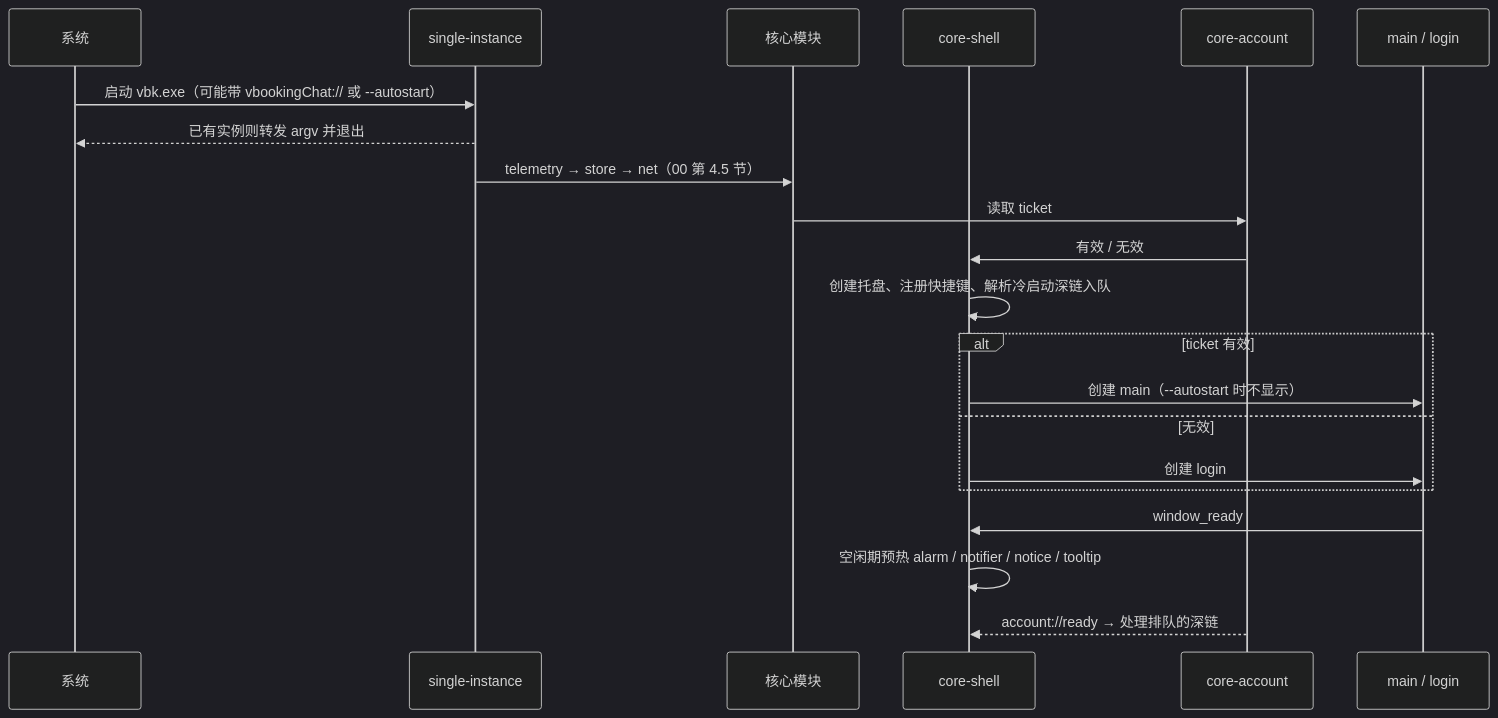
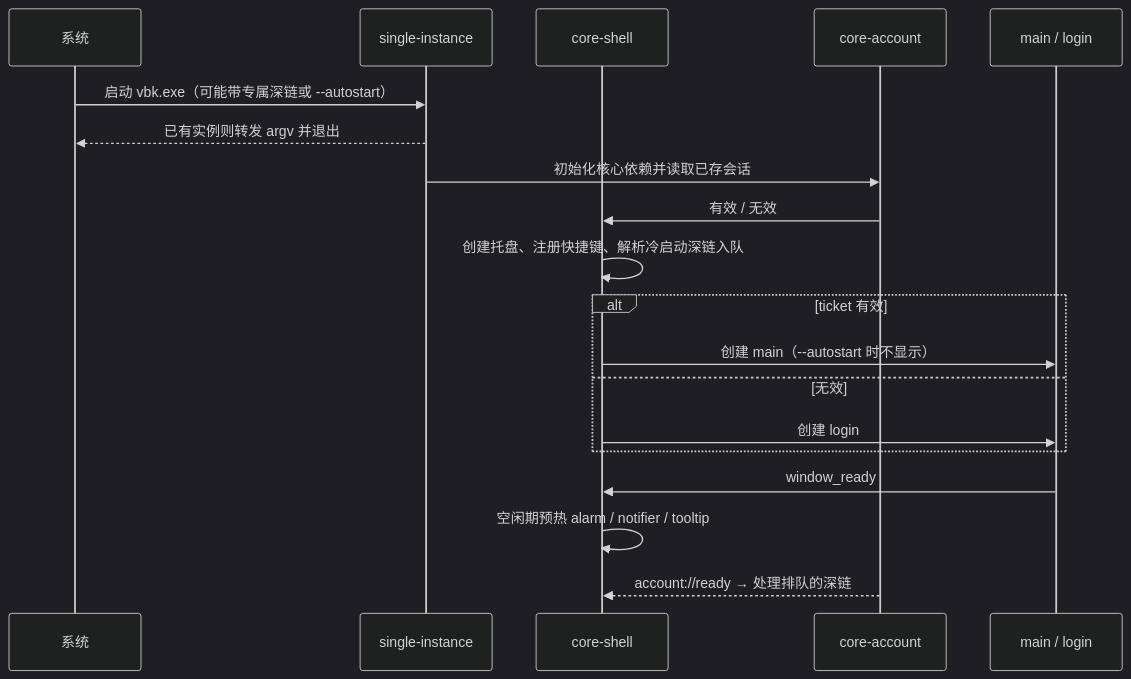
One commit to meruchan0623/Ctrip-vbk-refact changed the diagram in docs/dev/01-shell.md. Above: the diagram before and after it, drawn with Mermaid (dark theme). The commit also changed other lines of this file and 31 other files, not shown here.

First line of the commit message:
Update architecture plans from final review

````diff
--- a/docs/dev/01-shell.md
+++ b/docs/dev/01-shell.md
@@ -265,23 +266,21 @@
 ```mermaid
 sequenceDiagram
   participant OS as 系统
   participant SI as single-instance
-  participant Core as 核心模块
   participant Shell as core-shell
   participant Acc as core-account
   participant UI as main / login
-  OS->>SI: 启动 vbk.exe（可能带 vbookingChat:// 或 --autostart）
+  OS->>SI: 启动 vbk.exe（可能带专属深链或 --autostart）
   SI-->>OS: 已有实例则转发 argv 并退出
-  SI->>Core: telemetry → store → net（00 第 4.5 节）
-  Core->>Acc: 读取 ticket
+  SI->>Acc: 初始化核心依赖并读取已存会话
   Acc->>Shell: 有效 / 无效
   Shell->>Shell: 创建托盘、注册快捷键、解析冷启动深链入队
   alt ticket 有效
     Shell->>UI: 创建 main（--autostart 时不显示）
   else 无效
     Shell->>UI: 创建 login
   end
   UI->>Shell: window_ready
-  Shell->>Shell: 空闲期预热 alarm / notifier / notice / tooltip
+  Shell->>Shell: 空闲期预热 alarm / notifier / tooltip
   Acc-->>Shell: account://ready → 处理排队的深链
 ```
````
